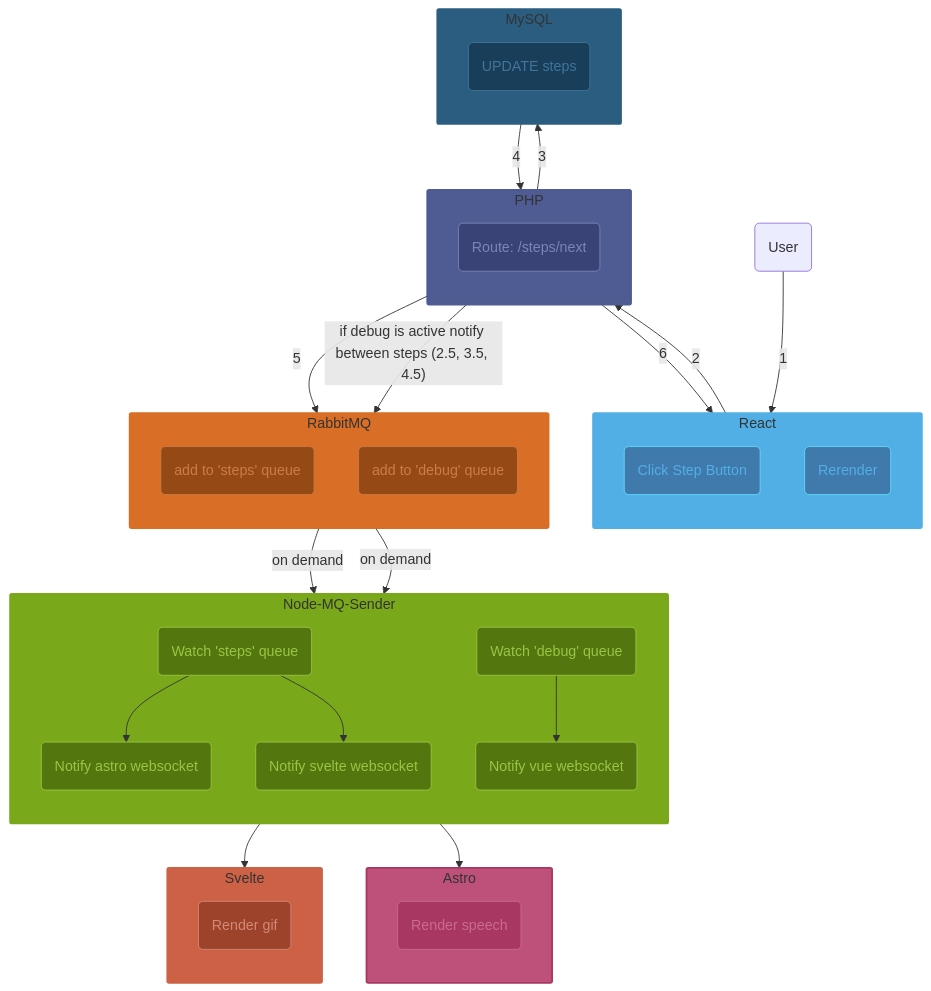
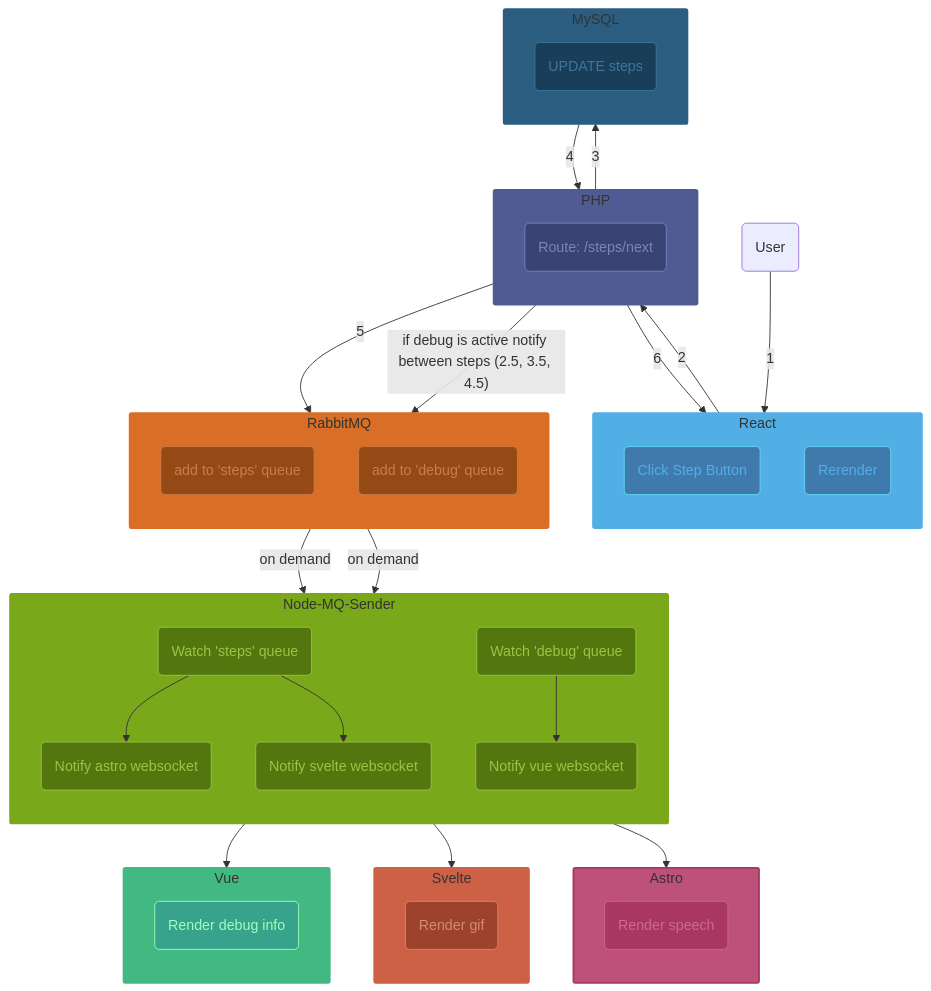
Before and after one commit to aloefflerj/rube-goldberg-hello-world: the diagram in README.md, drawn with Mermaid.

Commit message:
:memo: docs: adds project architecture with mermaid

````diff
--- a/README.md
+++ b/README.md
@@ -5,71 +5,78 @@
 ```mermaid
 flowchart TB
     subgraph React
         style React fill:#51afe6,stroke:#51afe6,stroke-width:2px, rx: 2,ry:2
         direction TB
         id1(Click Step Button)
         id6(Rerender)
         style id1 fill:#4079ab,stroke:#61DAFB,stroke-width:1px,color:#51afe6
         style id6 fill:#4079ab,stroke:#61DAFB,stroke-width:1px,color:#51afe6
     end    
     subgraph PHP
         style PHP fill:#4F5B93,stroke:#4F5B93,stroke-width:2px, rx: 2,ry:2
         direction TB
         id2(Route: /steps/next)
         style id2 fill:#394375,stroke:#7A86B8,stroke-width:1px,color:#7A86B8
     end
     subgraph RabbitMQ
         style RabbitMQ fill:#d96e26,stroke:#d96e26,stroke-width:2px, rx: 2,ry:2
         direction TB
         id4(add to 'steps' queue)
         style id4 fill:#954915,stroke:#cb7d48,stroke-width:1px,color:#cb7d48
         id12(add to 'debug' queue)
         style id12 fill:#954915,stroke:#cb7d48,stroke-width:1px,color:#cb7d48
     end
     subgraph MySQL
         style MySQL fill:#2b5d80,stroke:#2b5d80,stroke-width:2px, rx: 2,ry:2
         direction TB
         id3(UPDATE steps)
         style id3 fill:#183e59,stroke:#427599,stroke-width:1px,color:#427599
     end
     subgraph Node-MQ-Sender
         style Node-MQ-Sender fill:#79a81a,stroke:#79a81a,stroke-width:2px, rx: 2,ry:2
         direction TB
         id7(Watch 'steps' queue)
         style id7 fill:#53760e,stroke:#9ac645,stroke-width:1px,color:#9ac645
         id8(Notify astro websocket)
         style id8 fill:#53760e,stroke:#9ac645,stroke-width:1px,color:#9ac645
         id9(Notify svelte websocket)
         style id9 fill:#53760e,stroke:#9ac645,stroke-width:1px,color:#9ac645
         id13(Watch 'debug' queue)
         style id13 fill:#53760e,stroke:#9ac645,stroke-width:1px,color:#9ac645
         id14(Notify vue websocket)
         style id14 fill:#53760e,stroke:#9ac645,stroke-width:1px,color:#9ac645
     end
     subgraph Astro
     style Astro fill:#bd517a,stroke:#a83762,stroke-width:2px, rx: 2,ry:2
     direction TB
     id10(Render speech)
     style id10 fill:#a83762,stroke:#cb6a8f,stroke-width:1px,color:#cb6a8f
     end
     subgraph Svelte
     style Svelte fill:#cc6146,stroke:#cc6146,stroke-width:2px, rx: 2,ry:2
     direction TB
     id11(Render gif)
     style id11 fill:#9d432c,stroke:#d48875,stroke-width:1px,color:#d48875
     end
+    subgraph Vue
+    style Vue fill:#42B883,stroke:#42B883,stroke-width:2px, rx: 2,ry:2
+    direction TB
+    id15(Render debug info)
+    style id15 fill:#37a38c,stroke:#A2FDBA,stroke-width:1px,color:#A2FDBA
+    end
     id0(User)-- 1 -->id1
     id1-- 2 -->id2
     id2-- 3 -->id3
     id3-- 4 -->id2
     id2-- 5 -->id4
     id2-- 6 -->id6
     PHP-- if debug is active notify between steps (2.5, 3.5, 4.5) -->id12
     RabbitMQ-- on demand --> id7
     RabbitMQ-- on demand --> id13
     id7-->id8
     id7-->id9
     id8-->id10
     id9-->id11
     id13-->id14
+    id14-->id15
 ```
````
